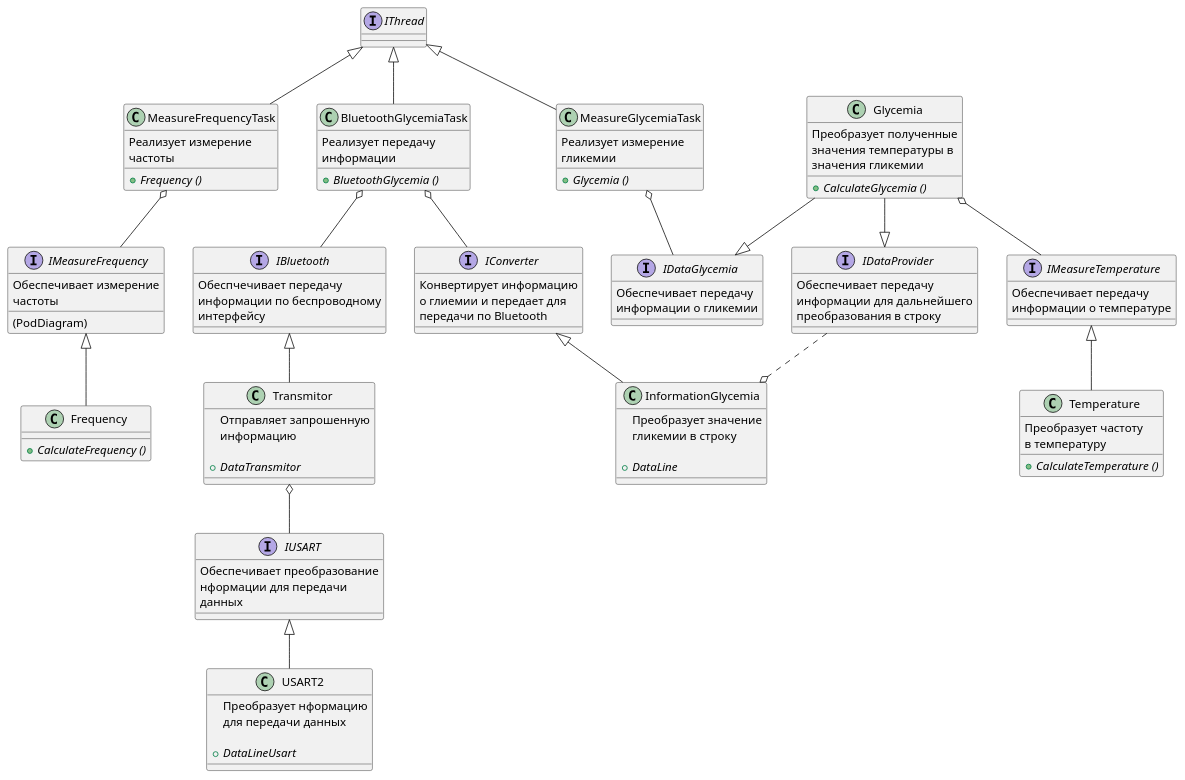
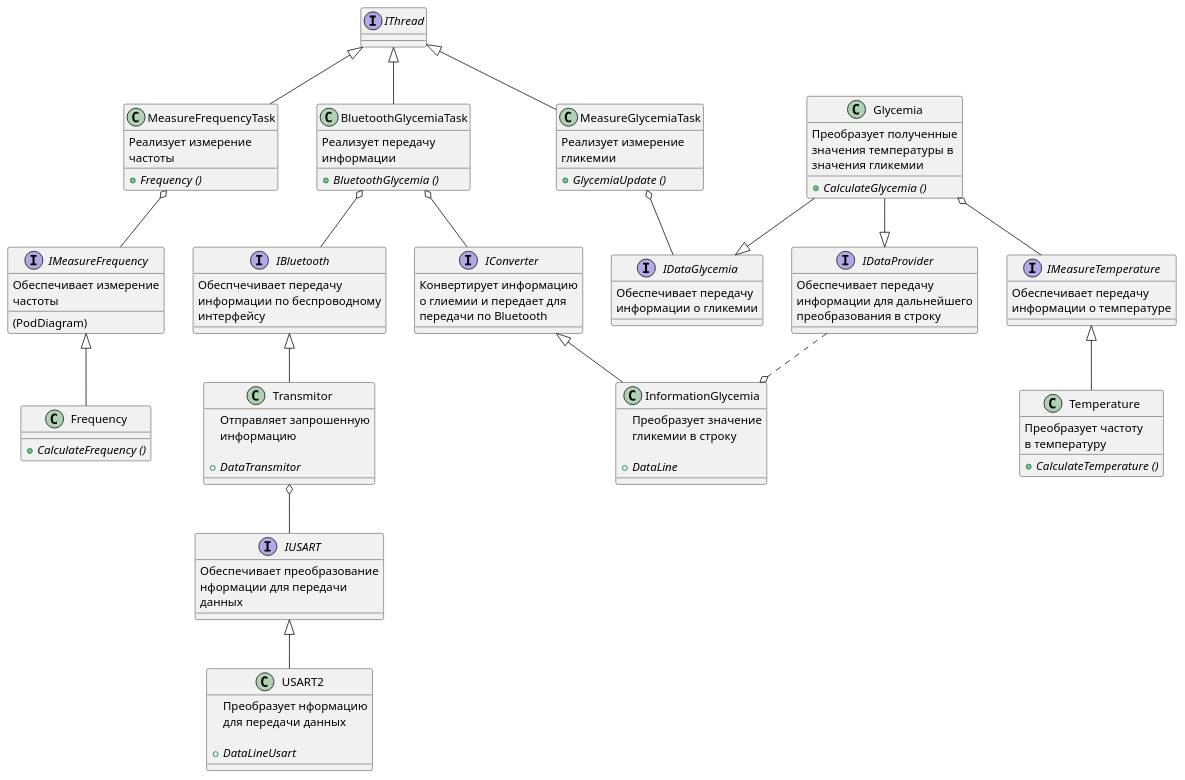
One commit to Luda-Seliv-KE-413/Kursovoy changed the diagram in DOC/Diagram.puml. Above: the diagram before and after it, drawn with PlantUML. The commit also changed 4 other files, not shown here.

```diff
--- a/DOC/Diagram.puml
+++ b/DOC/Diagram.puml
@@ -1,128 +1,128 @@
 @startuml main 
 
 interface IThread
 class MeasureGlycemiaTask
 {
     Реализует измерение
     гликемии
 
-    + {abstract} Glycemia ()
+    + {abstract} GlycemiaUpdate ()
 }
 class Glycemia
 {
     Преобразует полученные
     значения температуры в
     значения гликемии
 
      + {abstract} CalculateGlycemia ()
 }
 interface IMeasureTemperature
 {
     Обеспечивает передачу
     информации о температуре
 }
 class Temperature
 {
     Преобразует частоту
     в температуру
 
      + {abstract} CalculateTemperature ()
 }
 class MeasureFrequencyTask
 {
     Реализует измерение
     частоты
 
     + {abstract} Frequency ()
 }
 interface IMeasureFrequency
 {
     Обеспечивает измерение
     частоты
     (PodDiagram)
 }
 class Frequency
 {
      + {abstract} CalculateFrequency ()
 }
 
 IThread <|-down- MeasureGlycemiaTask
 IDataGlycemia -up-o MeasureGlycemiaTask
 IDataGlycemia <|-up- Glycemia
 IMeasureTemperature -up-o Glycemia
 Temperature -up-|> IMeasureTemperature
 Frequency -up-|> IMeasureFrequency
 MeasureFrequencyTask -up-|> IThread
 IMeasureFrequency -up-o MeasureFrequencyTask
 
 class BluetoothGlycemiaTask
 {
     Реализует передачу
     информации
 
      + {abstract} BluetoothGlycemia ()
 }
 class USART2
 {
     Преобразует нформацию
     для передачи данных
     
     + {abstract} DataLineUsart
 }
 class Transmitor
 {
     Отправляет запрошенную
     информацию
     
     + {abstract} DataTransmitor
 }
 interface IDataGlycemia
 {
     Обеспечивает передачу
     информации о гликемии
 }
 class InformationGlycemia
 {
     Преобразует значение 
     гликемии в строку
     
     + {abstract} DataLine
 }
 interface IBluetooth
 {
     Обеспчечивает передачу 
     информации по беспроводному
     интерфейсу
 }
 interface IUSART
 {
     Обеспечивает преобразование 
     нформации для передачи 
     данных
 }
 interface IConverter
 {
     Конвертирует информацию 
     о глиемии и передает для 
     передачи по Bluetooth
 }
 interface IDataProvider
 {
     Обеспечивает передачу 
     информации для дальнейшего 
     преобразования в строку
 }
 
 IThread <|-- BluetoothGlycemiaTask
 BluetoothGlycemiaTask o-- IBluetooth
 Transmitor -up-|> IBluetooth
 IUSART -up-o Transmitor
 USART2 -up-|> IUSART
 InformationGlycemia -up-|> IConverter
 IConverter -up-o BluetoothGlycemiaTask
 
 
 InformationGlycemia o.up.IDataProvider
 Glycemia --|> IDataProvider
 
 @enduml
```
